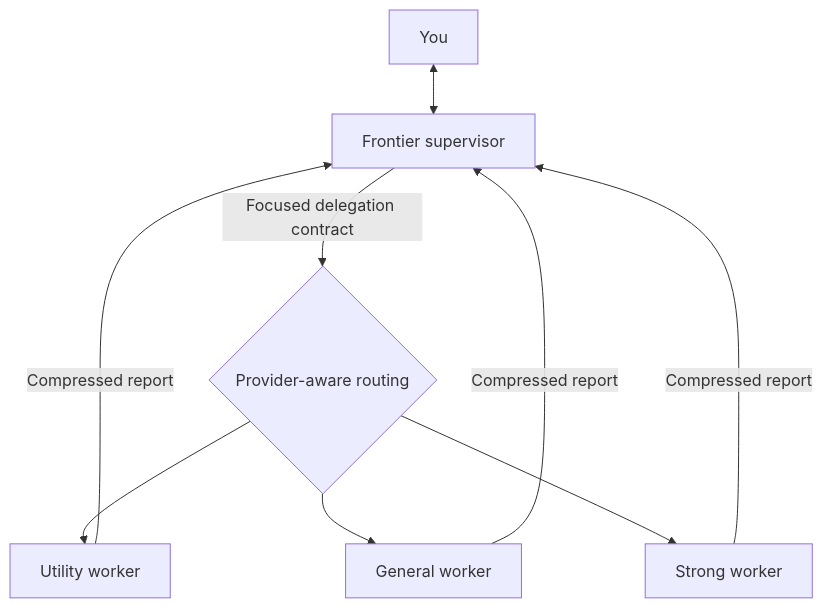
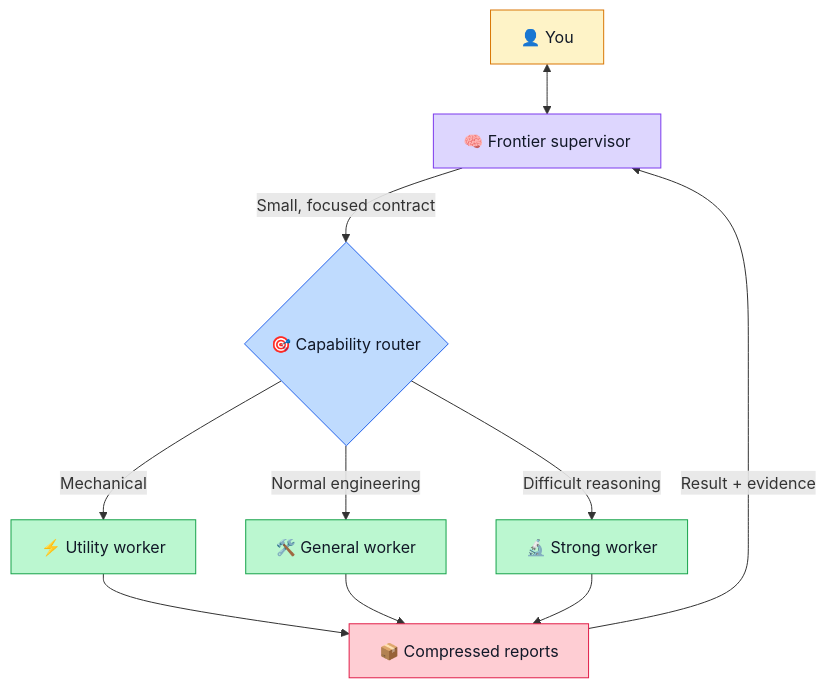
One commit to iqmalje/frontier-supervision changed the diagram in README.md. Above: the diagram before and after it, drawn with Mermaid. The commit also changed other lines of this file, not shown here.

````diff
--- a/README.md
+++ b/README.md
@@ -13,11 +81,23 @@
 ```mermaid
 flowchart TD
-    U[You] <--> S[Frontier supervisor]
-    S -->|Focused delegation contract| R{Provider-aware routing}
-    R --> W1[Utility worker]
-    R --> W2[General worker]
-    R --> W3[Strong worker]
-    W1 -->|Compressed report| S
-    W2 -->|Compressed report| S
-    W3 -->|Compressed report| S
+    U[👤 You] <--> S[🧠 Frontier supervisor]
+    S -->|Small, focused contract| R{🎯 Capability router}
+    R -->|Mechanical| W1[⚡ Utility worker]
+    R -->|Normal engineering| W2[🛠️ General worker]
+    R -->|Difficult reasoning| W3[🔬 Strong worker]
+    W1 --> C[📦 Compressed reports]
+    W2 --> C
+    W3 --> C
+    C -->|Result + evidence| S
+
+    classDef human fill:#fef3c7,stroke:#d97706,color:#111827
+    classDef supervisor fill:#ddd6fe,stroke:#7c3aed,color:#111827
+    classDef router fill:#bfdbfe,stroke:#2563eb,color:#111827
+    classDef worker fill:#bbf7d0,stroke:#16a34a,color:#111827
+    classDef report fill:#fecdd3,stroke:#e11d48,color:#111827
+    class U human
+    class S supervisor
+    class R router
+    class W1,W2,W3 worker
+    class C report
 ```
````
